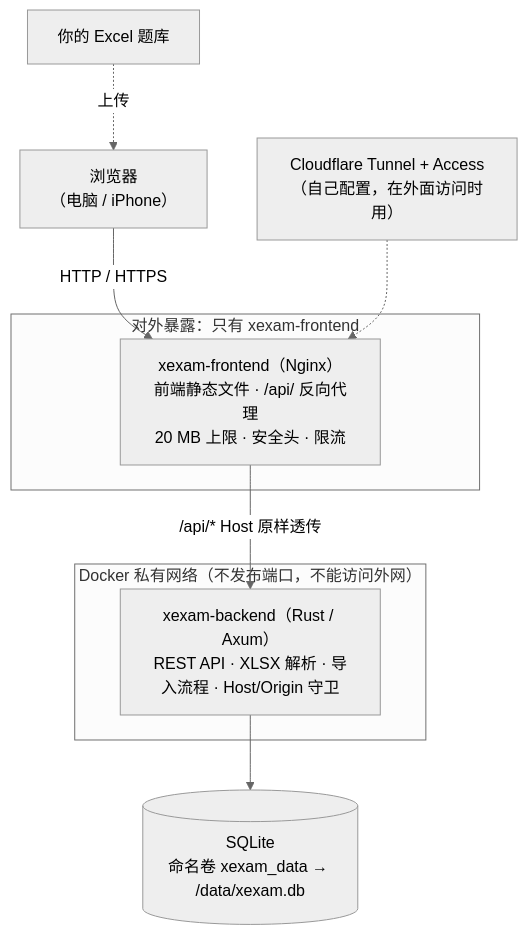
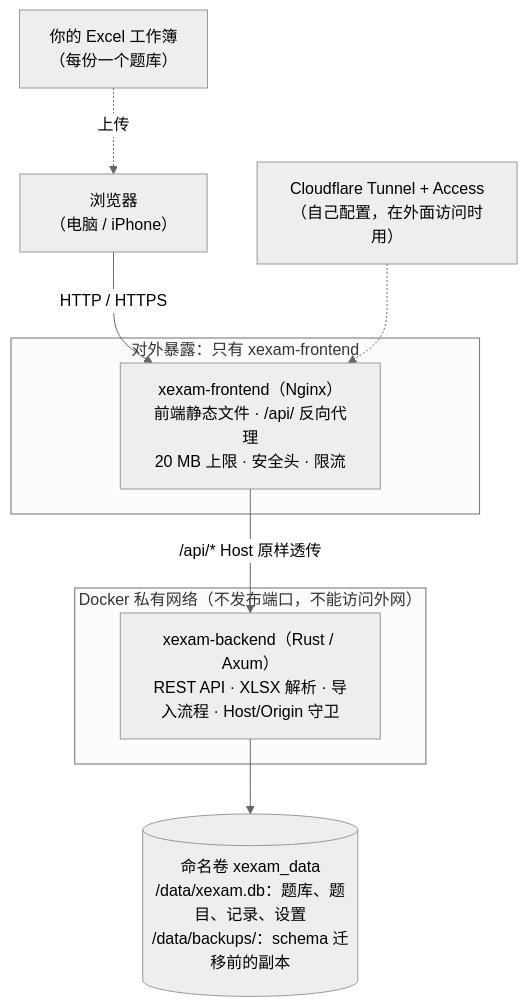
One commit to Yumin-Space/xexam changed the second of 7 diagrams in README.zh-CN.md. Above: the diagram before and after it, drawn with Mermaid (neutral theme). The commit also changed other lines of this file and 205 other files, not shown here.

````diff
--- a/README.zh-CN.md
+++ b/README.zh-CN.md
@@ -120,14 +625,14 @@
 ```mermaid
 flowchart TB
     U["浏览器<br/>（电脑 / iPhone）"] -->|"HTTP / HTTPS"| N
-    subgraph 公开["对外暴露：只有 xexam-frontend"]
+    subgraph pub["对外暴露：只有 xexam-frontend"]
         N["xexam-frontend（Nginx）<br/>前端静态文件 · /api/ 反向代理<br/>20 MB 上限 · 安全头 · 限流"]
     end
-    subgraph 内网["Docker 私有网络（不发布端口，不能访问外网）"]
+    subgraph priv["Docker 私有网络（不发布端口，不能访问外网）"]
         B["xexam-backend（Rust / Axum）<br/>REST API · XLSX 解析 · 导入流程 · Host/Origin 守卫"]
     end
     N -->|"/api/*  Host 原样透传"| B
-    B --> D[("SQLite<br/>命名卷 xexam_data → /data/xexam.db")]
+    B --> D[("命名卷 xexam_data<br/>/data/xexam.db：题库、题目、记录、设置<br/>/data/backups/：schema 迁移前的副本")]
     CF["Cloudflare Tunnel + Access<br/>（自己配置，在外面访问时用）"] -.-> N
-    X["你的 Excel 题库"] -.->|"上传"| U
+    X["你的 Excel 工作簿<br/>（每份一个题库）"] -.->|"上传"| U
 ```
````
